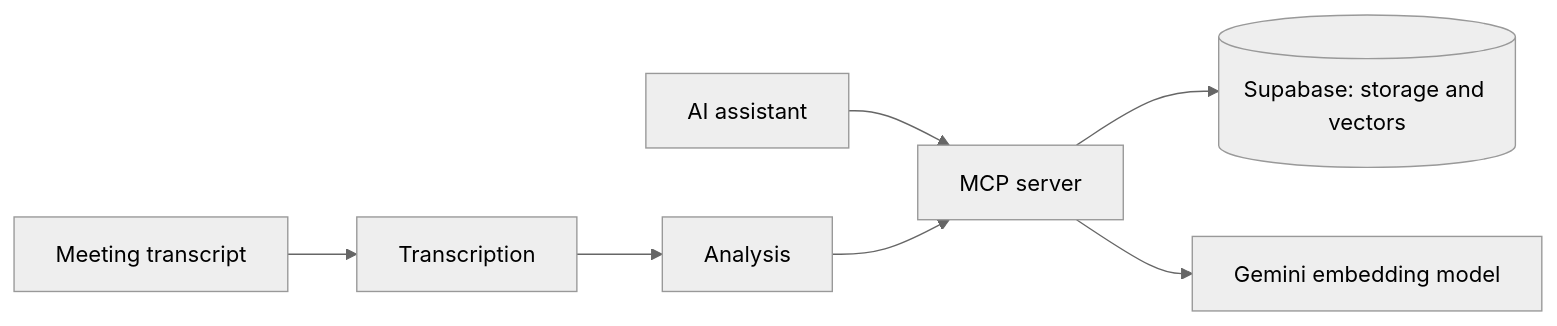
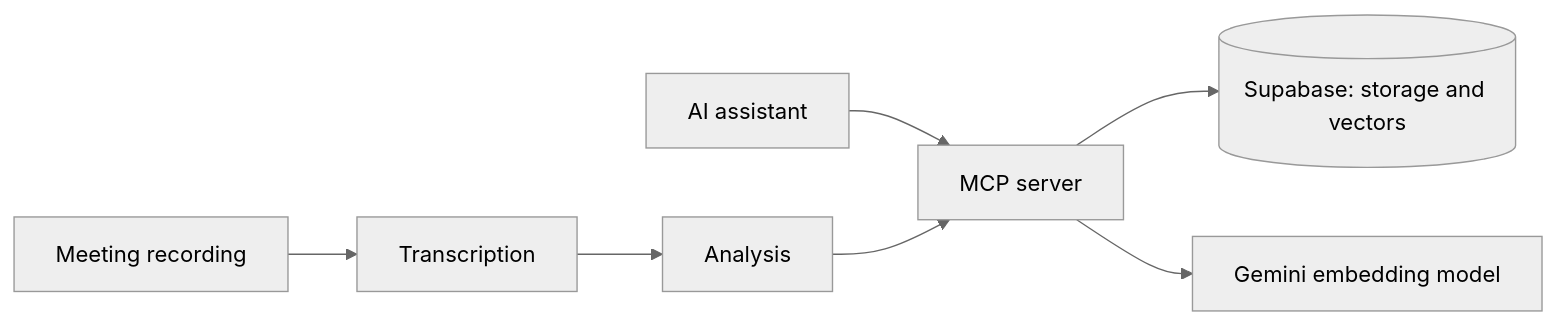
The diagram in README.md (Fem10da/knowledge-graph-mcp), drawn with Mermaid (neutral theme) before and after one commit. The commit also changed other lines of this file, not shown here.

Commit message:
Fix wording: recordings are transcribed

````diff
--- a/README.md
+++ b/README.md
@@ -17,9 +17,9 @@
 ```mermaid
 flowchart LR
     A[AI assistant] --> M[MCP server]
     M --> DB[(Supabase: storage and vectors)]
     M --> E[Gemini embedding model]
-    T[Meeting transcript] --> TR[Transcription]
+    T[Meeting recording] --> TR[Transcription]
     TR --> AN[Analysis]
     AN --> M
 ```
````
